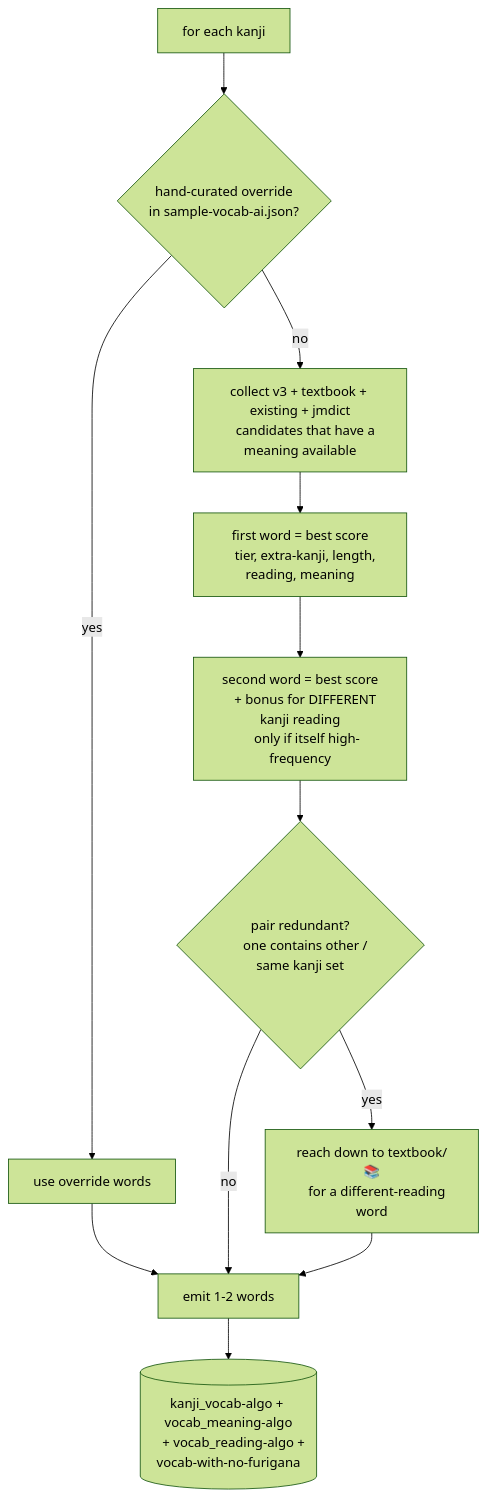
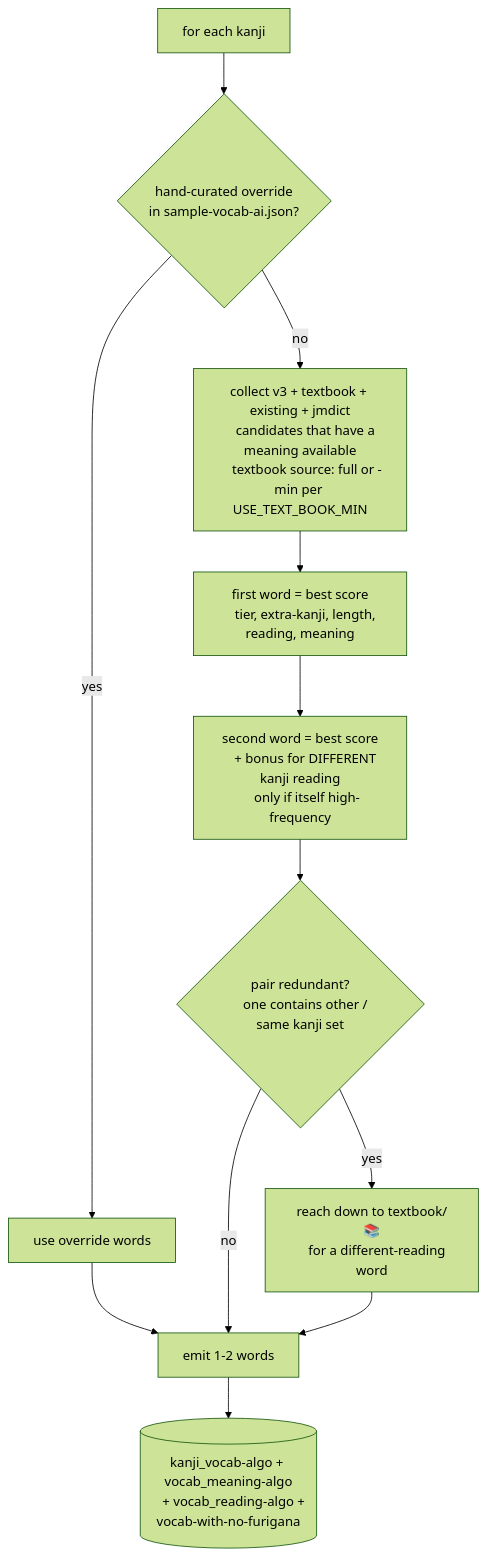
The fifth of 8 diagrams in notes/flowchart.md (PikaPikaGems/kanji-heatmap-data), drawn with Mermaid (forest theme) before and after one commit. The commit also changed other lines of this file and 4 other files, not shown here.

````diff
--- a/notes/flowchart.md
+++ b/notes/flowchart.md
@@ -227,21 +230,22 @@
 ```mermaid
 flowchart TD
     K[for each kanji] --> OV{hand-curated override
     in sample-vocab-ai.json?}
     OV -- yes --> RES[use override words] --> EMIT
     OV -- no --> C[collect v3 + textbook + existing + jmdict
-    candidates that have a meaning available]
+    candidates that have a meaning available
+    textbook source: full or -min per USE_TEXT_BOOK_MIN]
     C --> S1[first word = best score
     tier, extra-kanji, length, reading, meaning]
     S1 --> S2[second word = best score
     + bonus for DIFFERENT kanji reading
     only if itself high-frequency]
     S2 --> RP{pair redundant?
     one contains other / same kanji set}
     RP -- yes --> ALT[reach down to textbook/📚
     for a different-reading word]
     RP -- no --> EMIT
     ALT --> EMIT[emit 1-2 words]
     EMIT --> W[(kanji_vocab-algo + vocab_meaning-algo
     + vocab_reading-algo + vocab-with-no-furigana)]
 ```
````
